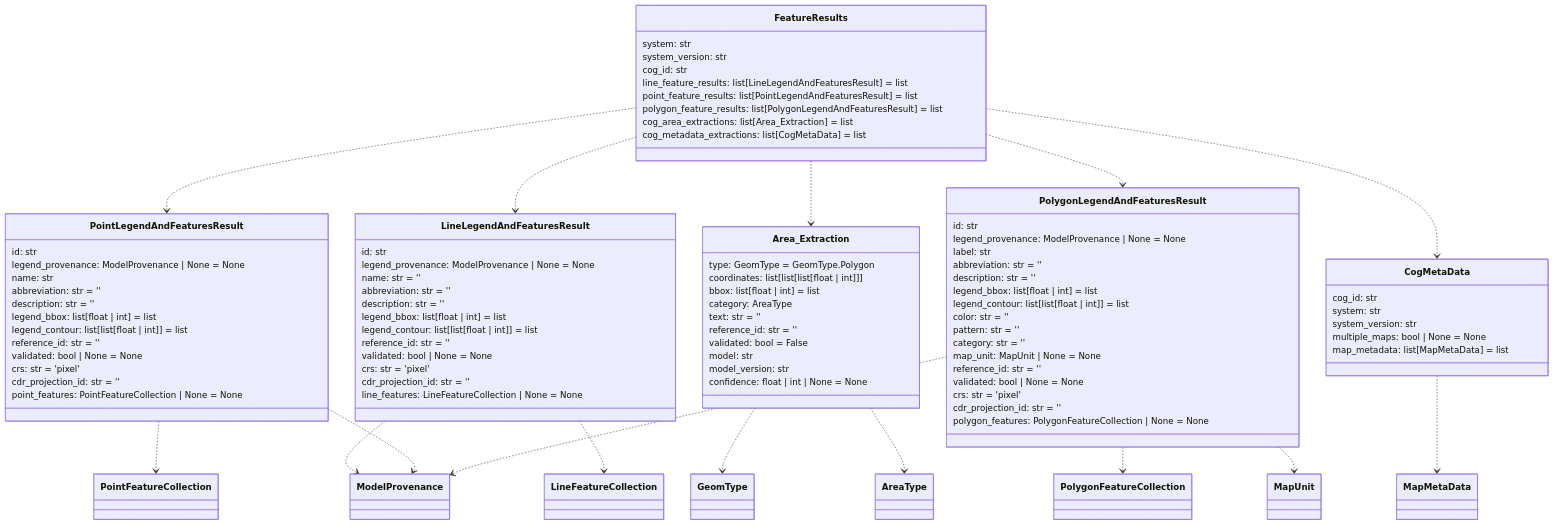
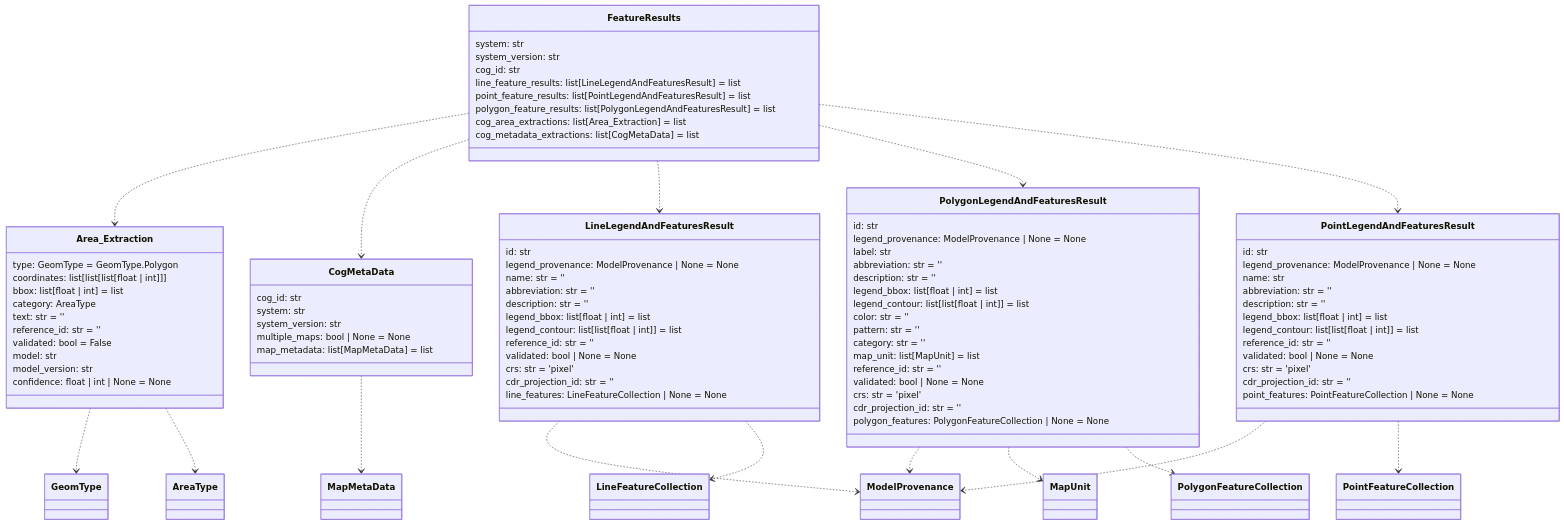
The fourth of 14 diagrams in README.md (DARPA-CRITICALMAAS/cdr_schemas), drawn with Mermaid before and after one commit. The commit also changed other lines of this file and 1 other file, not shown here.

````diff
--- a/README.md
+++ b/README.md
@@ -258,19 +258,36 @@
 ```mermaid
 classDiagram
 
-    class PointLegendAndFeaturesResult {
-        id: str
-        legend_provenance: ModelProvenance | None = None
-        name: str
-        abbreviation: str = ''
-        description: str = ''
-        legend_bbox: list[float | int] = list
-        legend_contour: list[list[float | int]] = list
+    class FeatureResults {
+        system: str
+        system_version: str
+        cog_id: str
+        line_feature_results: list[LineLegendAndFeaturesResult] = list
+        point_feature_results: list[PointLegendAndFeaturesResult] = list
+        polygon_feature_results: list[PolygonLegendAndFeaturesResult] = list
+        cog_area_extractions: list[Area_Extraction] = list
+        cog_metadata_extractions: list[CogMetaData] = list
+    }
+
+    class Area_Extraction {
+        type: GeomType = GeomType.Polygon
+        coordinates: list[list[list[float | int]]]
+        bbox: list[float | int] = list
+        category: AreaType
+        text: str = ''
         reference_id: str = ''
-        validated: bool | None = None
-        crs: str = 'pixel'
-        cdr_projection_id: str = ''
-        point_features: PointFeatureCollection | None = None
+        validated: bool = False
+        model: str
+        model_version: str
+        confidence: float | int | None = None
+    }
+
+    class CogMetaData {
+        cog_id: str
+        system: str
+        system_version: str
+        multiple_maps: bool | None = None
+        map_metadata: list[MapMetaData] = list
     }
 
     class LineLegendAndFeaturesResult {
@@ -288,19 +305,6 @@
         line_features: LineFeatureCollection | None = None
     }
 
-    class Area_Extraction {
-        type: GeomType = GeomType.Polygon
-        coordinates: list[list[list[float | int]]]
-        bbox: list[float | int] = list
-        category: AreaType
-        text: str = ''
-        reference_id: str = ''
-        validated: bool = False
-        model: str
-        model_version: str
-        confidence: float | int | None = None
-    }
-
     class PolygonLegendAndFeaturesResult {
         id: str
         legend_provenance: ModelProvenance | None = None
@@ -312,7 +316,7 @@
         color: str = ''
         pattern: str = ''
         category: str = ''
-        map_unit: MapUnit | None = None
+        map_unit: list[MapUnit] = list
         reference_id: str = ''
         validated: bool | None = None
         crs: str = 'pixel'
@@ -320,40 +324,36 @@
         polygon_features: PolygonFeatureCollection | None = None
     }
 
-    class CogMetaData {
-        cog_id: str
-        system: str
-        system_version: str
-        multiple_maps: bool | None = None
-        map_metadata: list[MapMetaData] = list
-    }
-
-    class FeatureResults {
-        system: str
-        system_version: str
-        cog_id: str
-        line_feature_results: list[LineLegendAndFeaturesResult] = list
-        point_feature_results: list[PointLegendAndFeaturesResult] = list
-        polygon_feature_results: list[PolygonLegendAndFeaturesResult] = list
-        cog_area_extractions: list[Area_Extraction] = list
-        cog_metadata_extractions: list[CogMetaData] = list
+    class PointLegendAndFeaturesResult {
+        id: str
+        legend_provenance: ModelProvenance | None = None
+        name: str
+        abbreviation: str = ''
+        description: str = ''
+        legend_bbox: list[float | int] = list
+        legend_contour: list[list[float | int]] = list
+        reference_id: str = ''
+        validated: bool | None = None
+        crs: str = 'pixel'
+        cdr_projection_id: str = ''
+        point_features: PointFeatureCollection | None = None
     }
 
     Area_Extraction ..> GeomType
     Area_Extraction ..> AreaType
+    LineLegendAndFeaturesResult ..> ModelProvenance
     LineLegendAndFeaturesResult ..> LineFeatureCollection
-    LineLegendAndFeaturesResult ..> ModelProvenance
+    PointLegendAndFeaturesResult ..> ModelProvenance
     PointLegendAndFeaturesResult ..> PointFeatureCollection
-    PointLegendAndFeaturesResult ..> ModelProvenance
-    PolygonLegendAndFeaturesResult ..> PolygonFeatureCollection
     PolygonLegendAndFeaturesResult ..> ModelProvenance
     PolygonLegendAndFeaturesResult ..> MapUnit
+    PolygonLegendAndFeaturesResult ..> PolygonFeatureCollection
     CogMetaData ..> MapMetaData
+    FeatureResults ..> Area_Extraction
+    FeatureResults ..> CogMetaData
+    FeatureResults ..> LineLegendAndFeaturesResult
+    FeatureResults ..> PolygonLegendAndFeaturesResult
     FeatureResults ..> PointLegendAndFeaturesResult
-    FeatureResults ..> LineLegendAndFeaturesResult
-    FeatureResults ..> Area_Extraction
-    FeatureResults ..> PolygonLegendAndFeaturesResult
-    FeatureResults ..> CogMetaData
 
 
 ```
````
